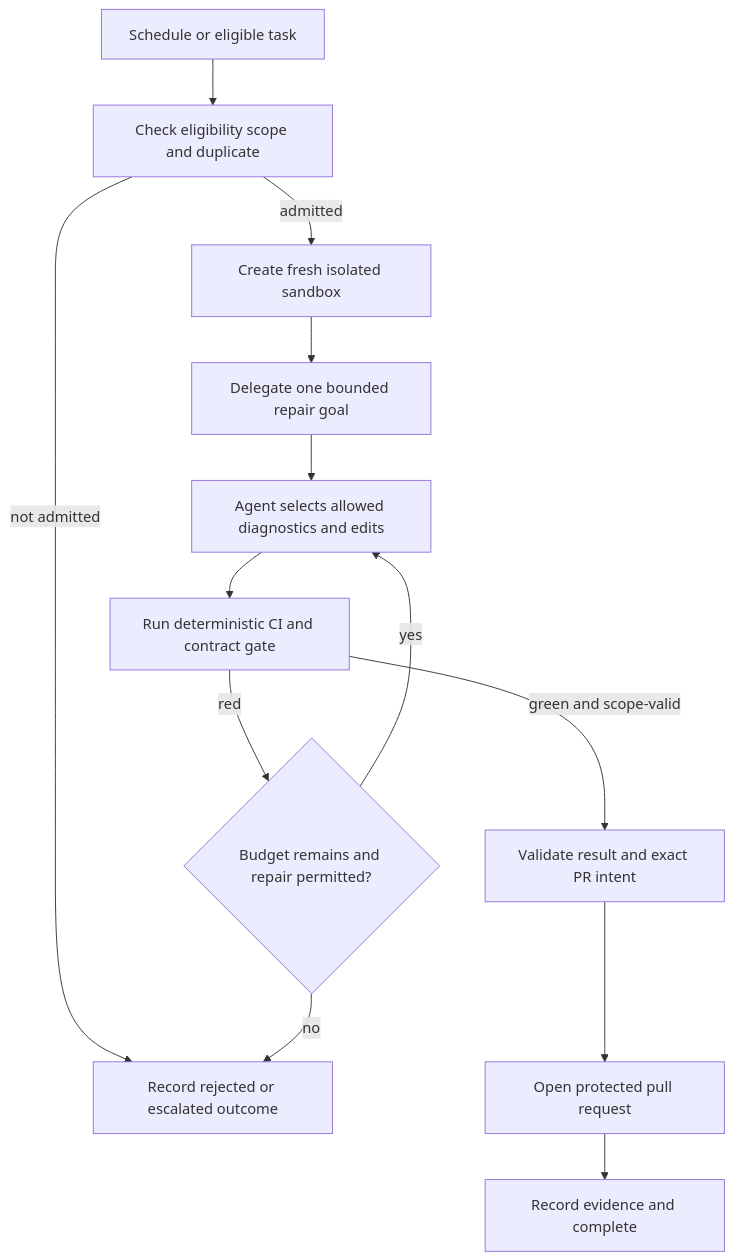
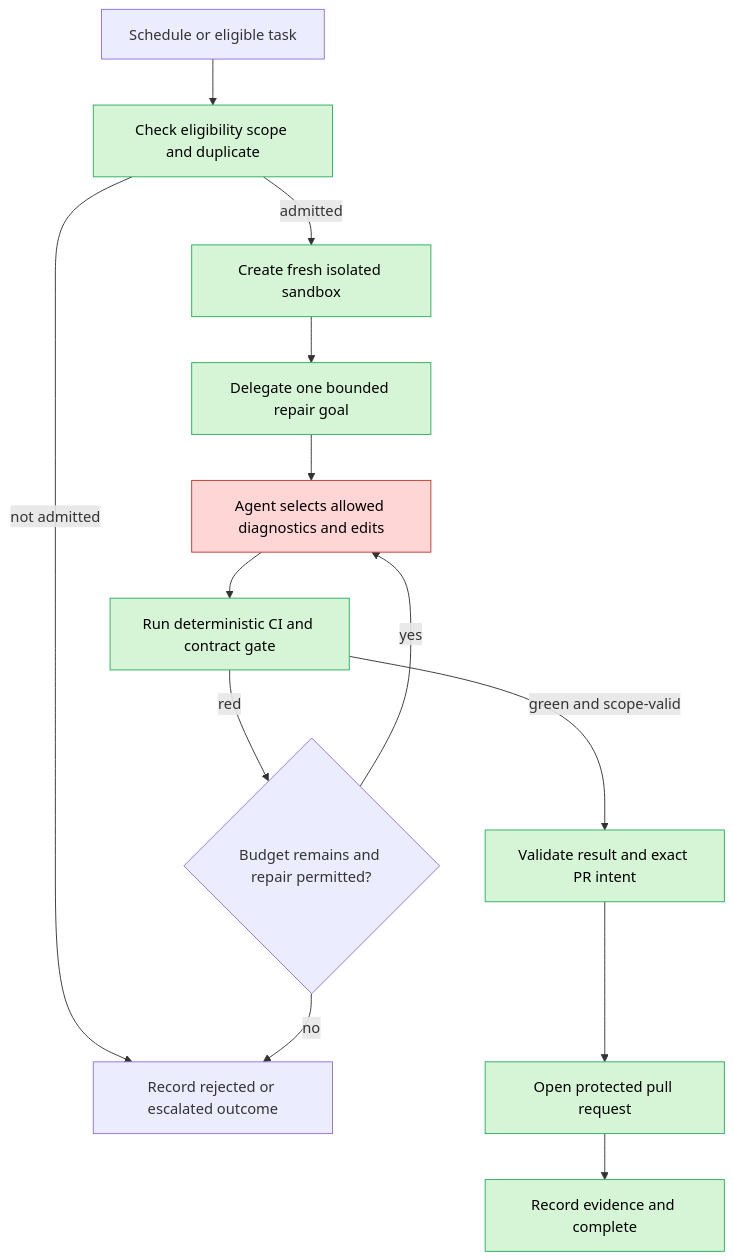
The diagram in workstreams/reference-architectures/examples/autonomous-maintenance-run/solution.md (aaif/wg-workflows-and-process-integration), drawn with Mermaid before and after one commit. The commit also changed other lines of this file and 6 other files, not shown here.

First line of the commit message:
Color-code example diagrams by step authority + bake into recipe

````diff
--- a/workstreams/reference-architectures/examples/autonomous-maintenance-run/solution.md
+++ b/workstreams/reference-architectures/examples/autonomous-maintenance-run/solution.md
@@ -11,15 +11,18 @@
 ```mermaid
 flowchart TD
-    A[Schedule or eligible task] --> B[Check eligibility scope and duplicate]
+    A[Schedule or eligible task] --> B[Check eligibility scope and duplicate]:::deterministic
     B -->|not admitted| Z[Record rejected or escalated outcome]
-    B -->|admitted| C[Create fresh isolated sandbox]
-    C --> D[Delegate one bounded repair goal]
-    D --> E[Agent selects allowed diagnostics and edits]
-    E --> F[Run deterministic CI and contract gate]
-    F -->|green and scope-valid| G[Validate result and exact PR intent]
-    G --> H[Open protected pull request]
-    H --> I[Record evidence and complete]
+    B -->|admitted| C[Create fresh isolated sandbox]:::deterministic
+    C --> D[Delegate one bounded repair goal]:::deterministic
+    D --> E[Agent selects allowed diagnostics and edits]:::model
+    E --> F[Run deterministic CI and contract gate]:::deterministic
+    F -->|green and scope-valid| G[Validate result and exact PR intent]:::deterministic
+    G --> H[Open protected pull request]:::deterministic
+    H --> I[Record evidence and complete]:::deterministic
     F -->|red| J{Budget remains and repair permitted?}
     J -->|yes| E
     J -->|no| Z
+    classDef model fill:#ffd6d6,stroke:#c0392b,color:#000
+    classDef deterministic fill:#d6f5d6,stroke:#27ae60,color:#000
+    classDef human fill:#fff3cd,stroke:#d4a017,color:#000
 ```
````
